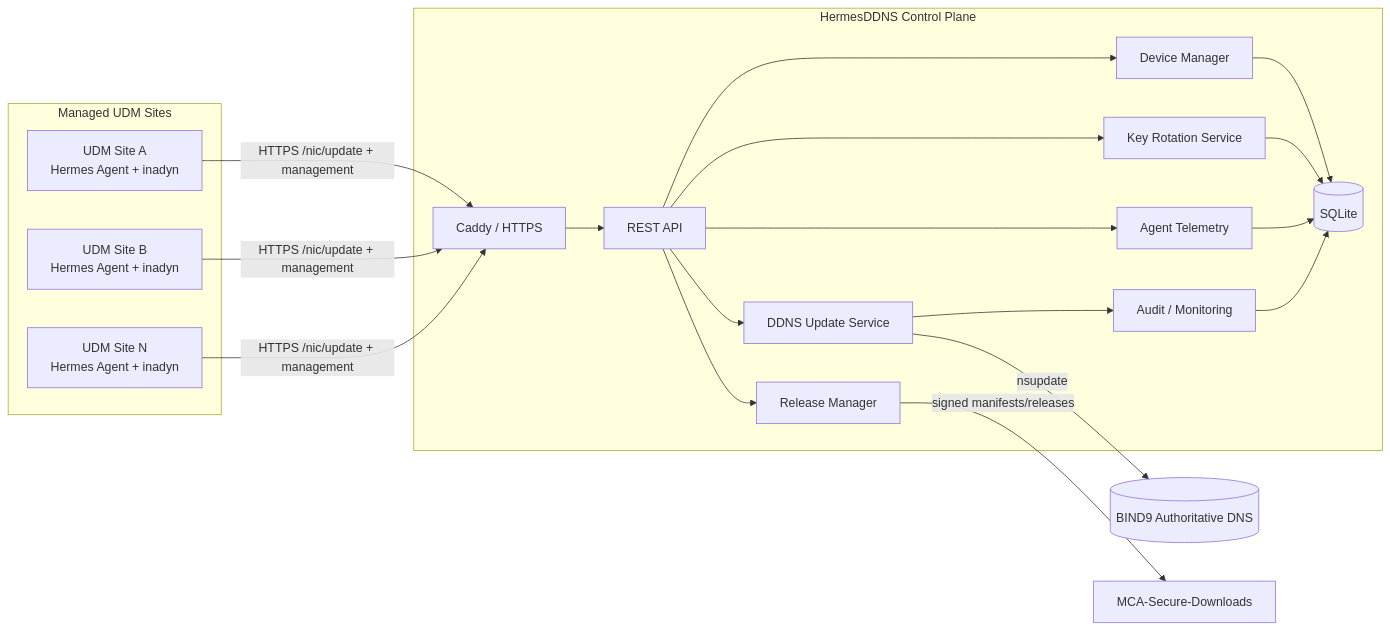
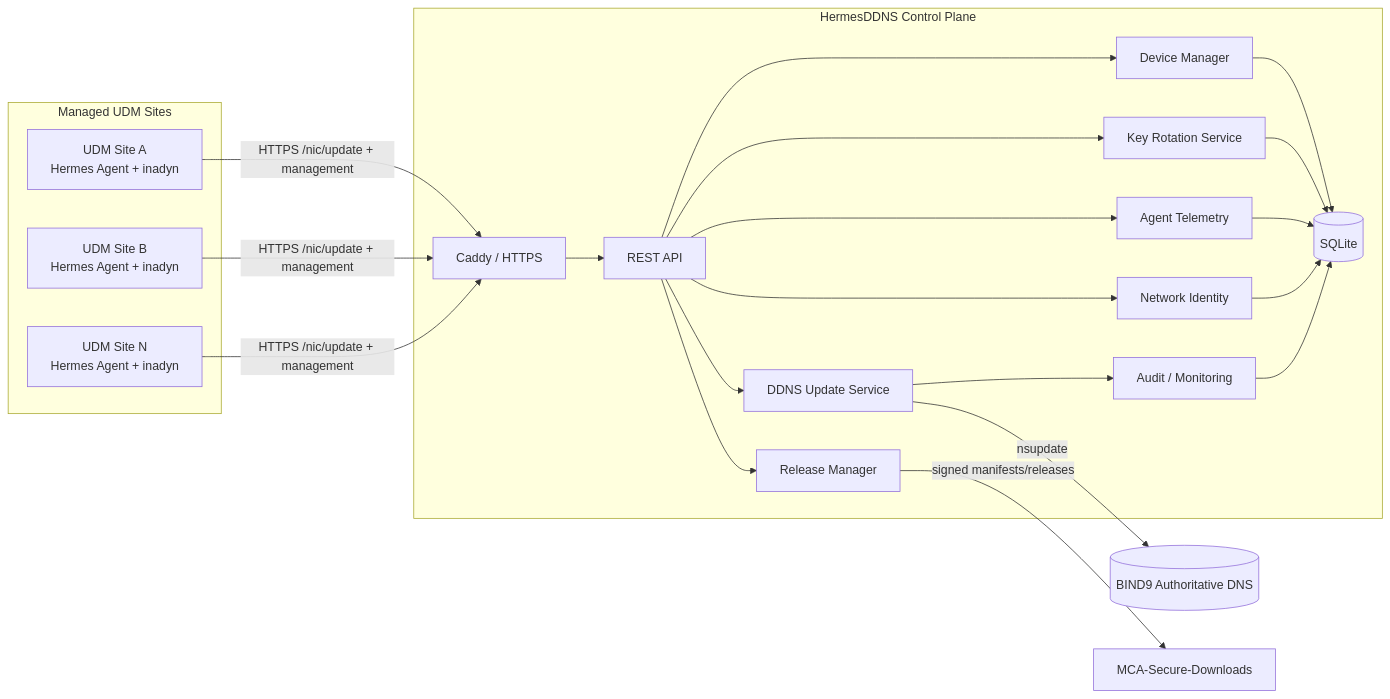
One commit to mca-rolando/OLIMPO changed the first of 8 diagrams in products/hermes/docs/architecture-functional-spec-v1.0/README.md. Above: the diagram before and after it, drawn with Mermaid. The commit also changed other lines of this file and 10 other files, not shown here.

Commit message:
HermesDDNS 26.08-02: add UDM network identity snapshot

````diff
--- a/products/hermes/docs/architecture-functional-spec-v1.0/README.md
+++ b/products/hermes/docs/architecture-functional-spec-v1.0/README.md
@@ -23,36 +23,39 @@
 ```mermaid
 flowchart LR
   subgraph Sites[Managed UDM Sites]
     UDM1[UDM Site A\nHermes Agent + inadyn]
     UDM2[UDM Site B\nHermes Agent + inadyn]
     UDMN[UDM Site N\nHermes Agent + inadyn]
   end
   subgraph Hermes[HermesDDNS Control Plane]
     Proxy[Caddy / HTTPS]
     API[REST API]
     DM[Device Manager]
     DDNS[DDNS Update Service]
     KR[Key Rotation Service]
     TM[Agent Telemetry]
+    NI[Network Identity]
     RM[Release Manager]
     Audit[Audit / Monitoring]
     DB[(SQLite)]
     Proxy --> API
     API --> DM
     API --> DDNS
     API --> KR
     API --> TM
+    API --> NI
     API --> RM
     DM --> DB
     KR --> DB
     TM --> DB
+    NI --> DB
     DDNS --> Audit --> DB
   end
   DNS[(BIND9 Authoritative DNS)]
   MCA[MCA-Secure-Downloads]
   UDM1 -->|HTTPS /nic/update + management| Proxy
   UDM2 -->|HTTPS /nic/update + management| Proxy
   UDMN -->|HTTPS /nic/update + management| Proxy
   DDNS -->|nsupdate| DNS
   RM -->|signed manifests/releases| MCA
 ```
````
